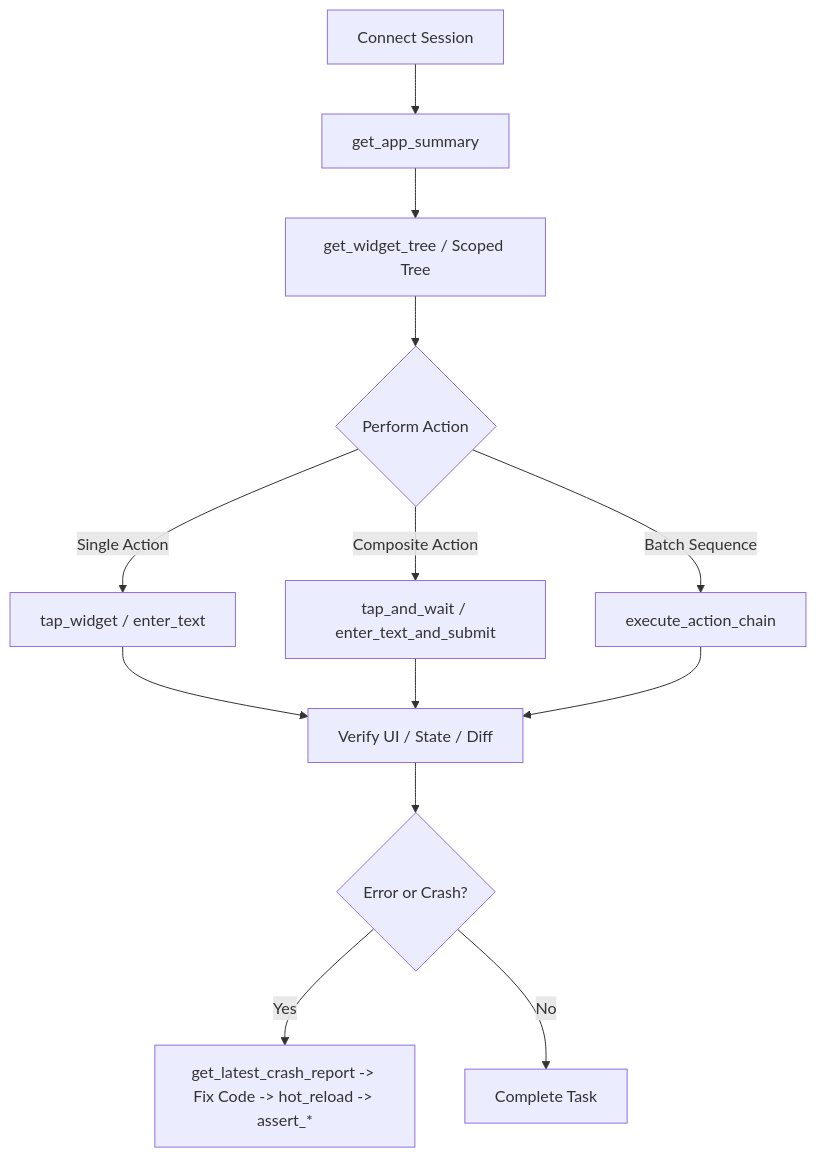
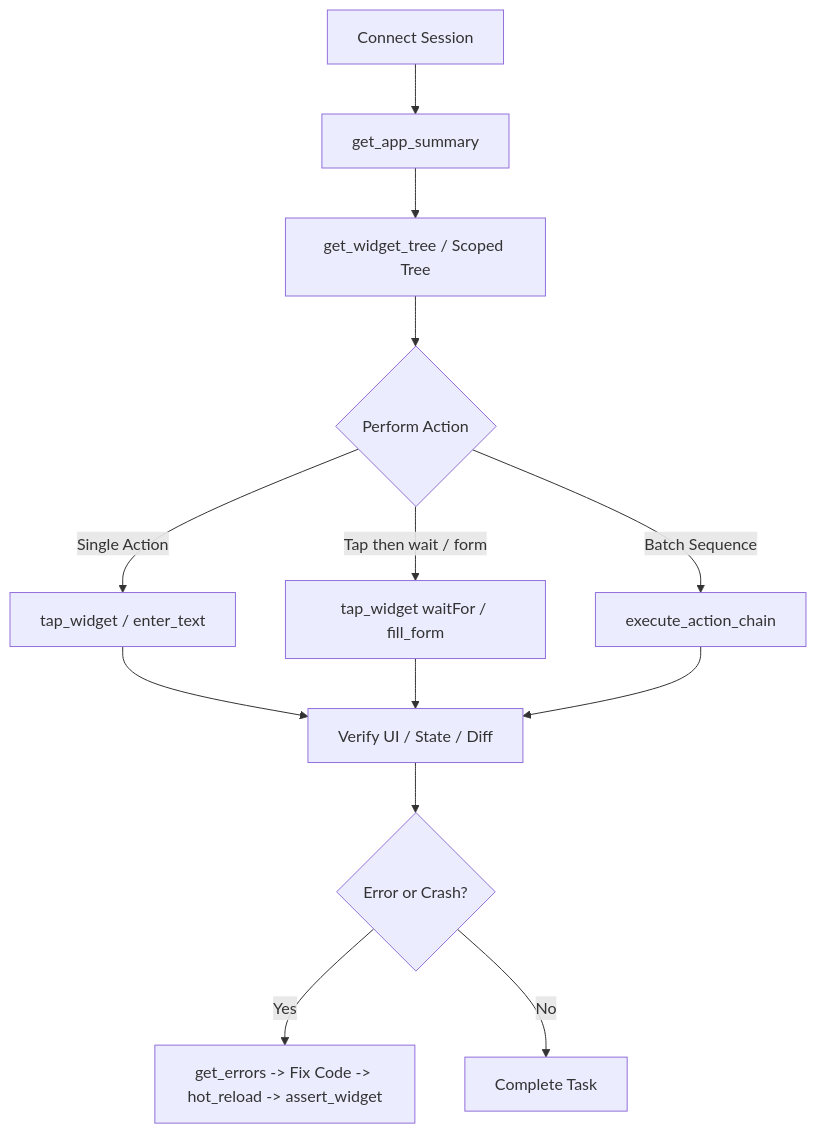
One commit to abugeek/FlutterPilot changed the diagram in skills/flutterpilot/SKILL.md. Above: the diagram before and after it, drawn with Mermaid. The commit also changed other lines of this file and 47 other files, not shown here.

First line of the commit message:
feat: merge overlapping tools, 125 → 62 (ROADMAP §4.2)

````diff
--- a/skills/flutterpilot/SKILL.md
+++ b/skills/flutterpilot/SKILL.md
@@ -23,13 +23,13 @@
 ```mermaid
 flowchart TD
     A[Connect Session] --> B[get_app_summary]
     B --> C[get_widget_tree / Scoped Tree]
     C --> D{Perform Action}
     D -->|Single Action| E[tap_widget / enter_text]
-    D -->|Composite Action| F[tap_and_wait / enter_text_and_submit]
+    D -->|Tap then wait / form| F[tap_widget waitFor / fill_form]
     D -->|Batch Sequence| G[execute_action_chain]
     E & F & G --> I[Verify UI / State / Diff]
     I --> J{Error or Crash?}
-    J -- Yes --> K[get_latest_crash_report -> Fix Code -> hot_reload -> assert_*]
+    J -- Yes --> K[get_errors -> Fix Code -> hot_reload -> assert_widget]
     J -- No --> L[Complete Task]
 ```
````
